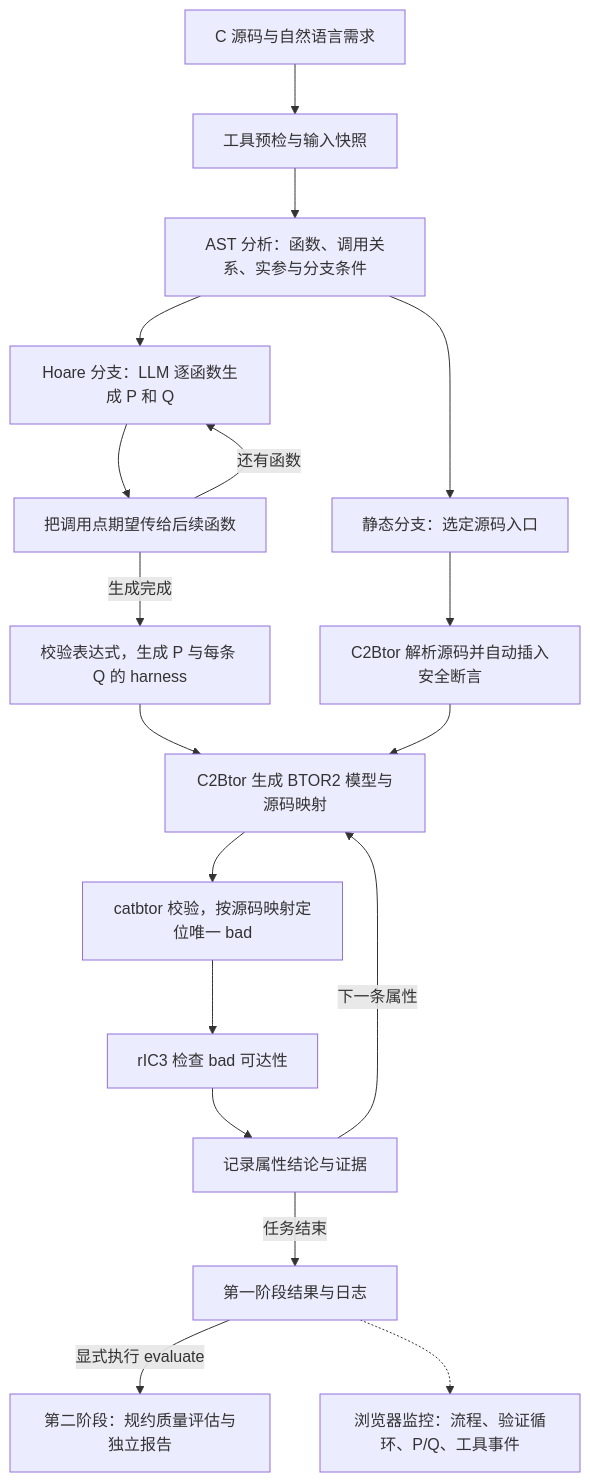
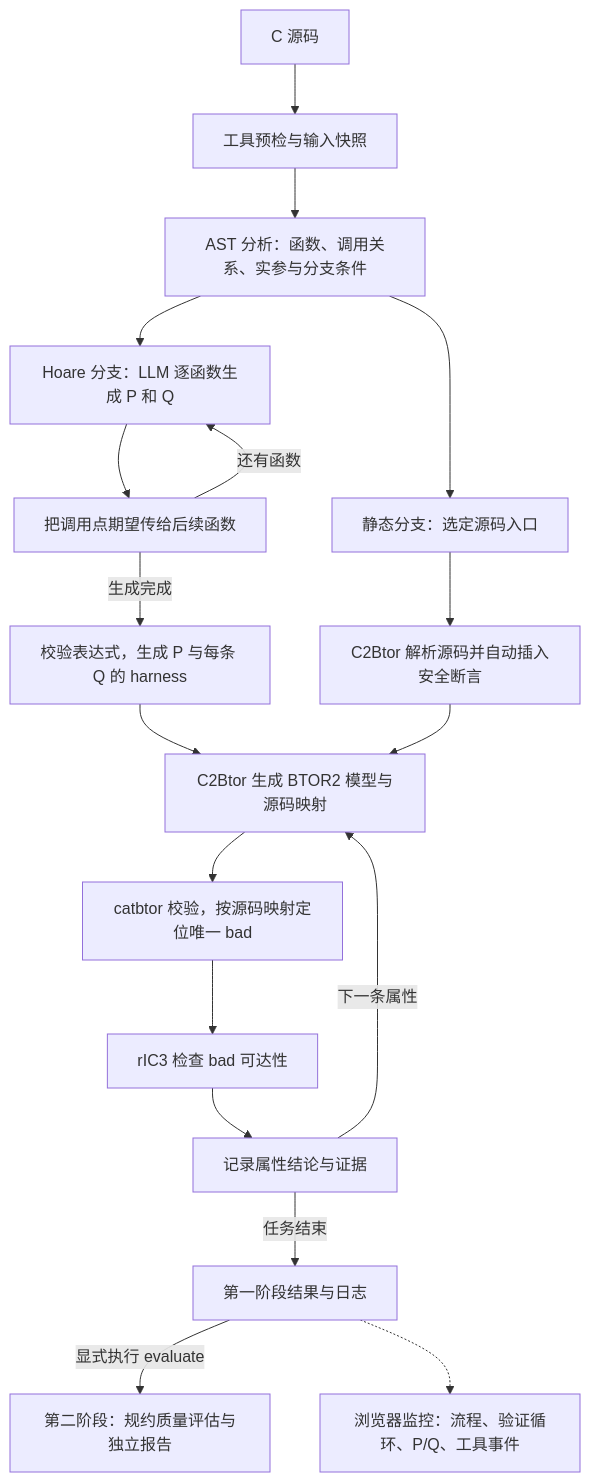
One commit to Teemmo11/-agent changed the first of 2 diagrams in README.md. Above: the diagram before and after it, drawn with Mermaid. The commit also changed other lines of this file, not shown here.

Commit message:
Simplify source input labels in workflow diagrams

````diff
--- a/README.md
+++ b/README.md
@@ -7,20 +7,20 @@
 ```mermaid
 flowchart TD
-    IN["C 源码与自然语言需求"] --> PRE["工具预检与输入快照"]
+    IN["C 源码"] --> PRE["工具预检与输入快照"]
     PRE --> AST["AST 分析：函数、调用关系、实参与分支条件"]
     AST --> H["Hoare 分支：LLM 逐函数生成 P 和 Q"]
     AST --> S["静态分支：选定源码入口"]
     H --> L["把调用点期望传给后续函数"]
     L -->|还有函数| H
     L -->|生成完成| F["校验表达式，生成 P 与每条 Q 的 harness"]
     S --> G["C2Btor 解析源码并自动插入安全断言"]
     F --> V["C2Btor 生成 BTOR2 模型与源码映射"]
     G --> V
     V --> M["catbtor 校验，按源码映射定位唯一 bad"]
     M --> R["rIC3 检查 bad 可达性"]
     R --> J["记录属性结论与证据"]
     J -->|下一条属性| V
     J -->|任务结束| O["第一阶段结果与日志"]
     O -->|显式执行 evaluate| E["第二阶段：规约质量评估与独立报告"]
     O -.-> UI["浏览器监控：流程、验证循环、P/Q、工具事件"]
 ```
````
